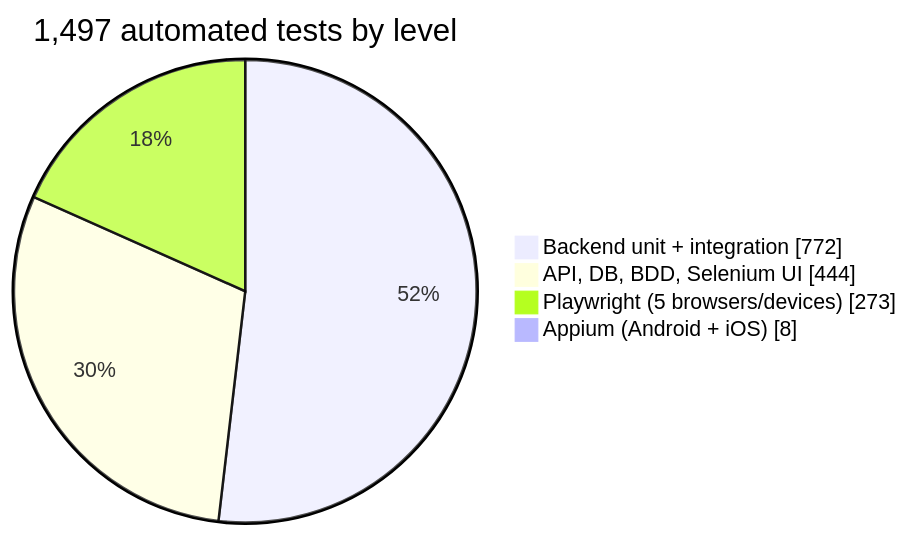
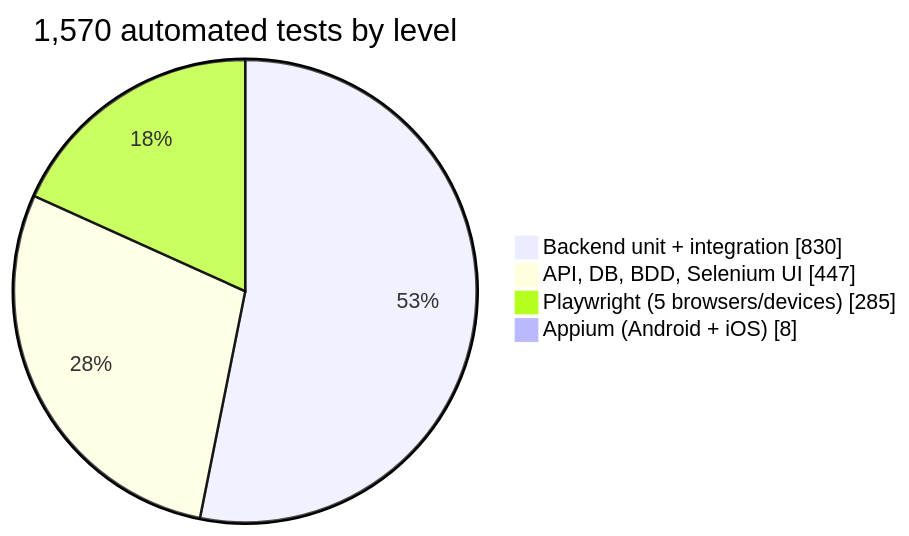
One commit to rbchy/RbcTcsWorld changed the first of 2 diagrams in README.md. Above: the diagram before and after it, drawn with Mermaid. The commit also changed other lines of this file and 3 other files, not shown here.

````diff
--- a/README.md
+++ b/README.md
@@ -44,8 +44,8 @@
 ```mermaid
 pie showData
-    title 1,497 automated tests by level
-    "Backend unit + integration" : 772
-    "API, DB, BDD, Selenium UI" : 444
-    "Playwright (5 browsers/devices)" : 273
+    title 1,570 automated tests by level
+    "Backend unit + integration" : 830
+    "API, DB, BDD, Selenium UI" : 447
+    "Playwright (5 browsers/devices)" : 285
     "Appium (Android + iOS)" : 8
 ```
````
